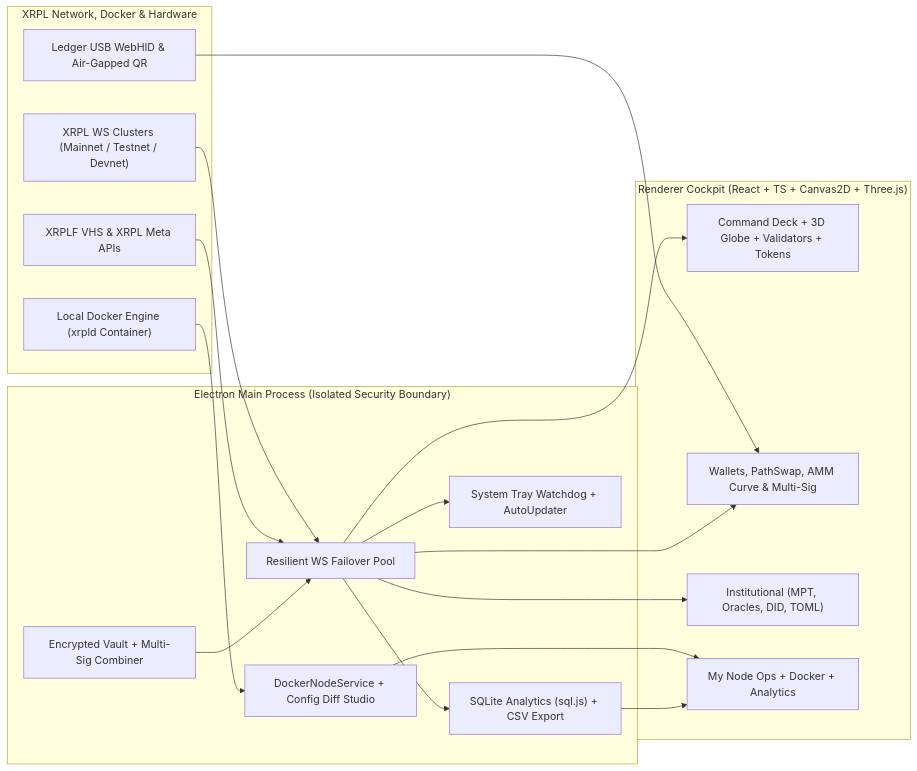
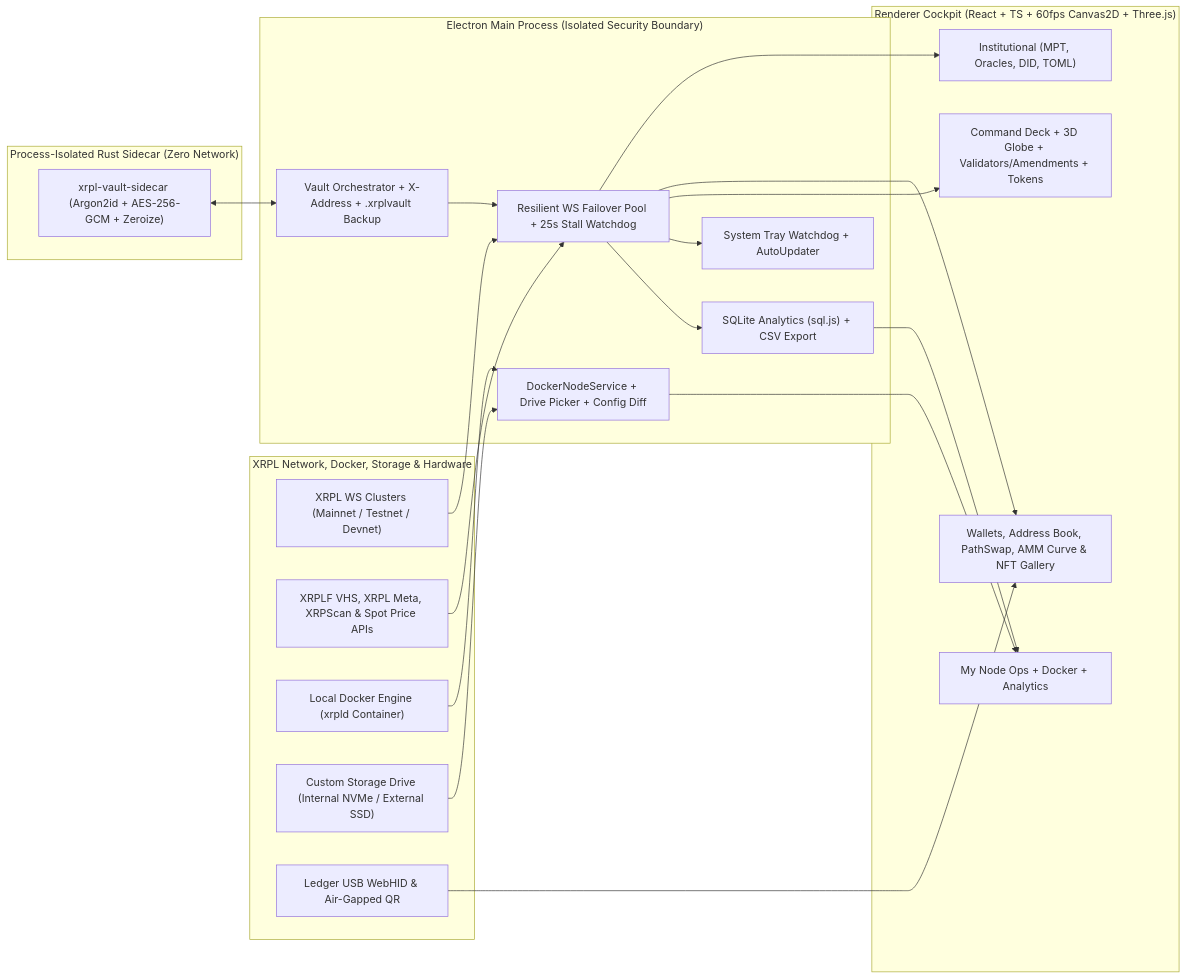
The diagram in README.md (petebiggam357/xrpl-command-center), drawn with Mermaid before and after one commit. The commit also changed other lines of this file, not shown here.

Commit message:
docs: refresh README.md for v0.1.1-beta (custom node storage drive, Rust sidecar architecture, v0.1.x features)

````diff
--- a/README.md
+++ b/README.md
@@ -41,37 +41,44 @@
 ```mermaid
 flowchart LR
-  subgraph EXT["XRPL Network, Docker & Hardware"]
+  subgraph EXT["XRPL Network, Docker, Storage & Hardware"]
     PUB["XRPL WS Clusters (Mainnet / Testnet / Devnet)"]
-    VHS["XRPLF VHS & XRPL Meta APIs"]
+    VHS["XRPLF VHS, XRPL Meta, XRPScan & Spot Price APIs"]
     DOCKER["Local Docker Engine (xrpld Container)"]
+    DRIVE["Custom Storage Drive (Internal NVMe / External SSD)"]
     HW["Ledger USB WebHID & Air-Gapped QR"]
   end
 
+  subgraph RUST["Process-Isolated Rust Sidecar (Zero Network)"]
+    RV["xrpl-vault-sidecar (Argon2id + AES-256-GCM + Zeroize)"]
+  end
+
   subgraph MAIN["Electron Main Process (Isolated Security Boundary)"]
-    STREAM["Resilient WS Failover Pool"]
-    VAULT["Encrypted Vault + Multi-Sig Combiner"]
-    DOCKSVC["DockerNodeService + Config Diff Studio"]
+    STREAM["Resilient WS Failover Pool + 25s Stall Watchdog"]
+    VAULT["Vault Orchestrator + X-Address + .xrplvault Backup"]
+    DOCKSVC["DockerNodeService + Drive Picker + Config Diff"]
     SQL["SQLite Analytics (sql.js) + CSV Export"]
     TRAY["System Tray Watchdog + AutoUpdater"]
   end
 
-  subgraph UI["Renderer Cockpit (React + TS + Canvas2D + Three.js)"]
-    DECK["Command Deck + 3D Globe + Validators + Tokens"]
-    WALLET["Wallets, PathSwap, AMM Curve & Multi-Sig"]
+  subgraph UI["Renderer Cockpit (React + TS + 60fps Canvas2D + Three.js)"]
+    DECK["Command Deck + 3D Globe + Validators/Amendments + Tokens"]
+    WALLET["Wallets, Address Book, PathSwap, AMM Curve & NFT Gallery"]
     PRIM["Institutional (MPT, Oracles, DID, TOML)"]
     NODE["My Node Ops + Docker + Analytics"]
   end
 
   PUB --> STREAM
   VHS --> STREAM
   DOCKER --> DOCKSVC
+  DRIVE --> DOCKSVC
   HW --> WALLET
+  RV <--> VAULT
   STREAM --> SQL
   STREAM --> TRAY
   VAULT --> STREAM
   STREAM --> DECK
   STREAM --> WALLET
   STREAM --> PRIM
   DOCKSVC --> NODE
   SQL --> NODE
 ```
````
